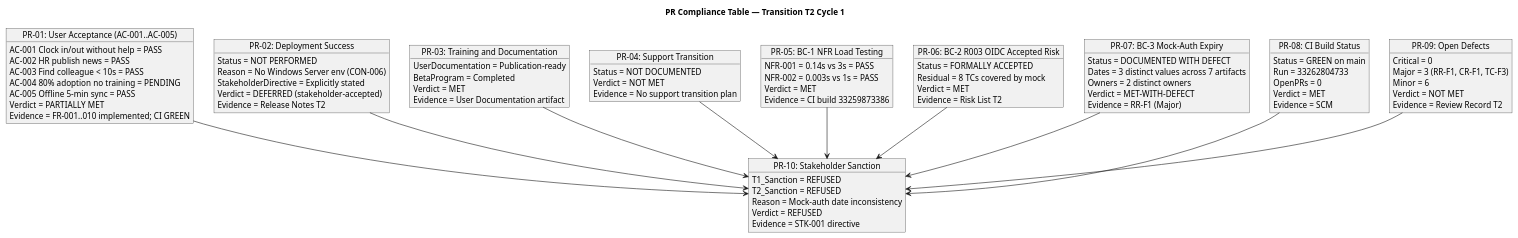
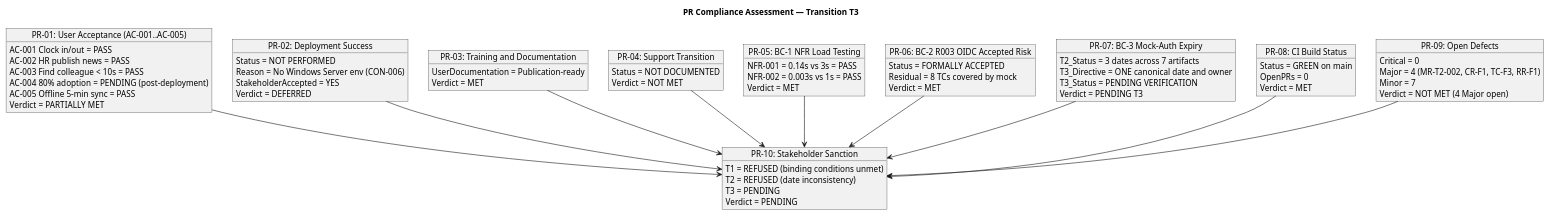
Before and after one commit to banense-test/portal-cuba-corp: the fourth of 6 diagrams in docs/artifacts/project-management/review-record.md, drawn with PlantUML. The commit also changed other lines of this file, not shown here.

First line of the commit message:
Review Coordinator [T2]: upsert Review Record

````diff
--- a/docs/artifacts/project-management/review-record.md
+++ b/docs/artifacts/project-management/review-record.md
@@ -474,6 +473,6 @@
 ```plantuml
 @startuml
-title PR Compliance Table — Transition T2 Cycle 1
+title PR Compliance Assessment — Transition T3
 
 skinparam classAttributeIconSize 0
 skinparam classBackgroundColor #F0F4FF
@@ -481,80 +480,68 @@
 skinparam shadowing false
 
 object "PR-01: User Acceptance (AC-001..AC-005)" as PR01 {
-  AC-001 Clock in/out without help = PASS
+  AC-001 Clock in/out = PASS
   AC-002 HR publish news = PASS
   AC-003 Find colleague < 10s = PASS
-  AC-004 80% adoption no training = PENDING
+  AC-004 80% adoption = PENDING (post-deployment)
   AC-005 Offline 5-min sync = PASS
   Verdict = PARTIALLY MET
-  Evidence = FR-001..010 implemented; CI GREEN
 }
 
 object "PR-02: Deployment Success" as PR02 {
   Status = NOT PERFORMED
   Reason = No Windows Server env (CON-006)
-  StakeholderDirective = Explicitly stated
-  Verdict = DEFERRED (stakeholder-accepted)
-  Evidence = Release Notes T2
+  StakeholderAccepted = YES
+  Verdict = DEFERRED
 }
 
 object "PR-03: Training and Documentation" as PR03 {
   UserDocumentation = Publication-ready
-  BetaProgram = Completed
   Verdict = MET
-  Evidence = User Documentation artifact
 }
 
 object "PR-04: Support Transition" as PR04 {
   Status = NOT DOCUMENTED
   Verdict = NOT MET
-  Evidence = No support transition plan
 }
 
 object "PR-05: BC-1 NFR Load Testing" as PR05 {
   NFR-001 = 0.14s vs 3s = PASS
   NFR-002 = 0.003s vs 1s = PASS
   Verdict = MET
-  Evidence = CI build 33259873386
 }
 
 object "PR-06: BC-2 R003 OIDC Accepted Risk" as PR06 {
   Status = FORMALLY ACCEPTED
   Residual = 8 TCs covered by mock
   Verdict = MET
-  Evidence = Risk List T2
 }
 
 object "PR-07: BC-3 Mock-Auth Expiry" as PR07 {
-  Status = DOCUMENTED WITH DEFECT
-  Dates = 3 distinct values across 7 artifacts
-  Owners = 2 distinct owners
-  Verdict = MET-WITH-DEFECT
-  Evidence = RR-F1 (Major)
+  T2_Status = 3 dates across 7 artifacts
+  T3_Directive = ONE canonical date and owner
+  T3_Status = PENDING VERIFICATION
+  Verdict = PENDING T3
 }
 
 object "PR-08: CI Build Status" as PR08 {
   Status = GREEN on main
-  Run = 33262804733
   OpenPRs = 0
   Verdict = MET
-  Evidence = SCM
 }
 
 object "PR-09: Open Defects" as PR09 {
   Critical = 0
-  Major = 3 (RR-F1, CR-F1, TC-F3)
-  Minor = 6
-  Verdict = NOT MET
-  Evidence = Review Record T2
+  Major = 4 (MR-T2-002, CR-F1, TC-F3, RR-F1)
+  Minor = 7
+  Verdict = NOT MET (4 Major open)
 }
 
 object "PR-10: Stakeholder Sanction" as PR10 {
-  T1_Sanction = REFUSED
-  T2_Sanction = REFUSED
-  Reason = Mock-auth date inconsistency
-  Verdict = REFUSED
-  Evidence = STK-001 directive
+  T1 = REFUSED (binding conditions unmet)
+  T2 = REFUSED (date inconsistency)
+  T3 = PENDING
+  Verdict = PENDING
 }
 
 PR01 --> PR10
````
